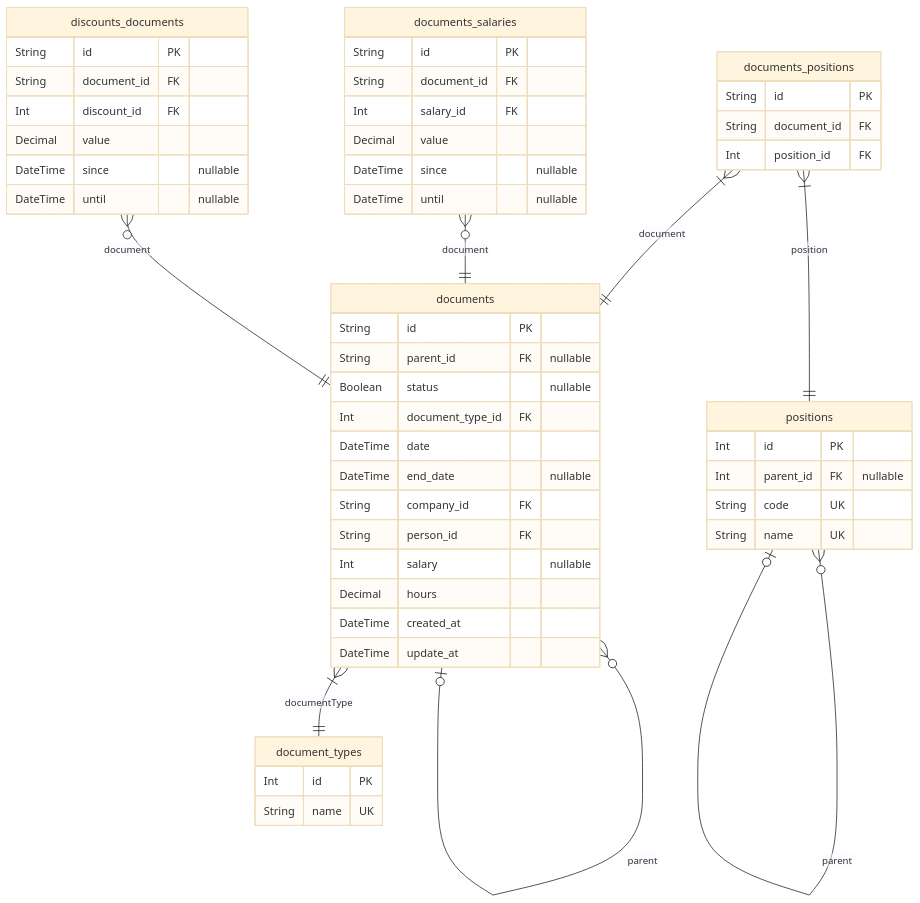
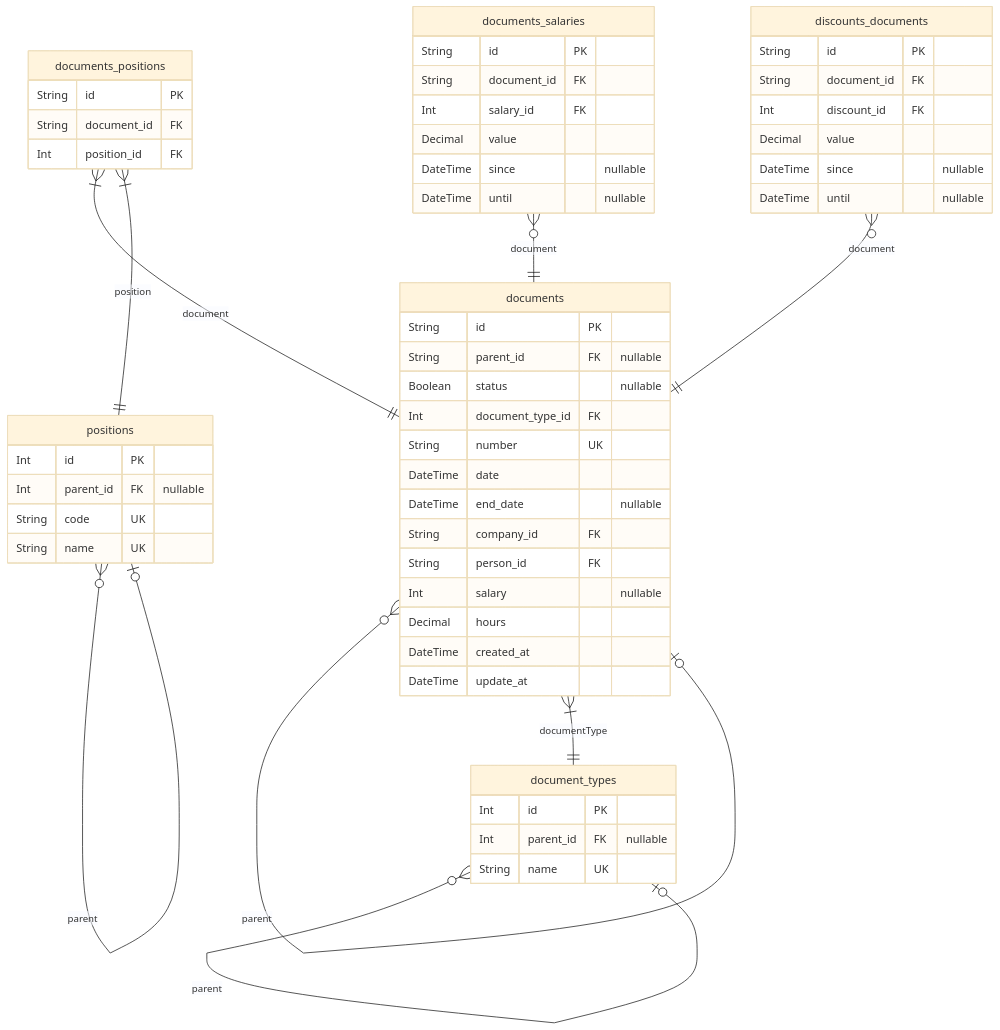
Before and after one commit to ngonet/apps: the second of 6 diagrams in apps/nodejs-prisma/prisma/schema/ERD.md, drawn with Mermaid (base theme). The commit also changed other lines of this file and 6 other files, not shown here.

Commit message:
documentType Parent

````diff
--- a/apps/nodejs-prisma/prisma/schema/ERD.md
+++ b/apps/nodejs-prisma/prisma/schema/ERD.md
@@ -152,55 +152,58 @@
 ```mermaid
 erDiagram
 "document_types" {
   Int id PK
+  Int parent_id FK "nullable"
   String name UK
 }
 "positions" {
   Int id PK
   Int parent_id FK "nullable"
   String code UK
   String name UK
 }
 "documents" {
   String id PK
   String parent_id FK "nullable"
   Boolean status "nullable"
   Int document_type_id FK
+  String number UK
   DateTime date
   DateTime end_date "nullable"
   String company_id FK
   String person_id FK
   Int salary "nullable"
   Decimal hours
   DateTime created_at
   DateTime update_at
 }
 "documents_positions" {
   String id PK
   String document_id FK
   Int position_id FK
 }
 "documents_salaries" {
   String id PK
   String document_id FK
   Int salary_id FK
   Decimal value
   DateTime since "nullable"
   DateTime until "nullable"
 }
 "discounts_documents" {
   String id PK
   String document_id FK
   Int discount_id FK
   Decimal value
   DateTime since "nullable"
   DateTime until "nullable"
 }
+"document_types" }o--o| "document_types" : parent
 "positions" }o--o| "positions" : parent
 "documents" }o--o| "documents" : parent
 "documents" }|--|| "document_types" : documentType
 "documents_positions" }|--|| "documents" : document
 "documents_positions" }|--|| "positions" : position
 "documents_salaries" }o--|| "documents" : document
 "discounts_documents" }o--|| "documents" : document
 ```
````
